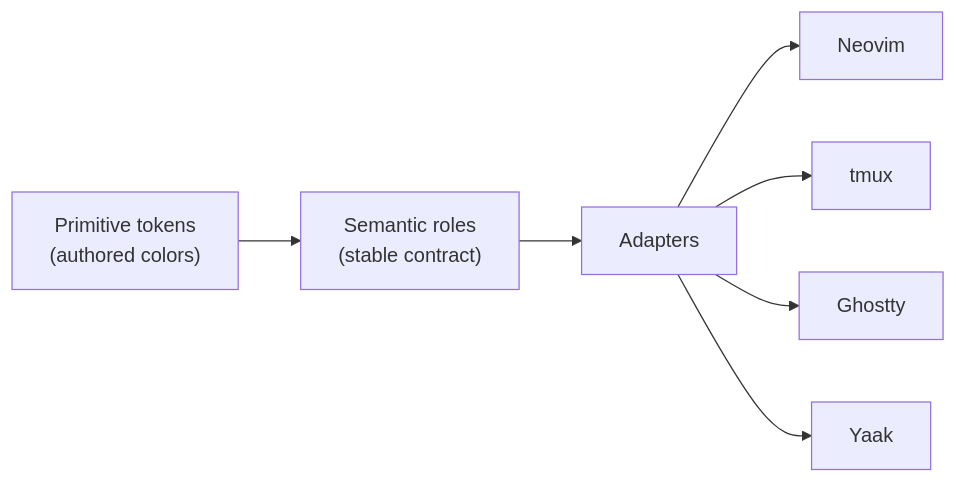
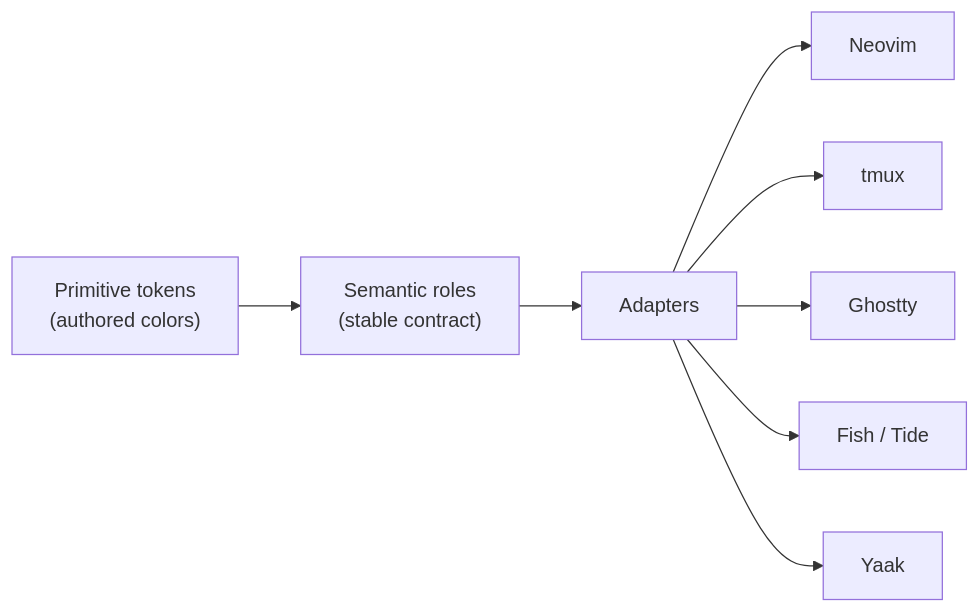
One commit to crafts69guy/hue-theme changed the diagram in README.md. Above: the diagram before and after it, drawn with Mermaid. The commit also changed other lines of this file and 12 other files, not shown here.

Commit message:
Add Tide fish theme adapter

````diff
--- a/README.md
+++ b/README.md
@@ -47,9 +48,10 @@
 ```mermaid
 flowchart LR
     P["Primitive tokens<br/>(authored colors)"] --> S["Semantic roles<br/>(stable contract)"]
     S --> A["Adapters"]
     A --> N["Neovim"]
     A --> T["tmux"]
     A --> G["Ghostty"]
+    A --> F["Fish / Tide"]
     A --> Y["Yaak"]
 ```
````
